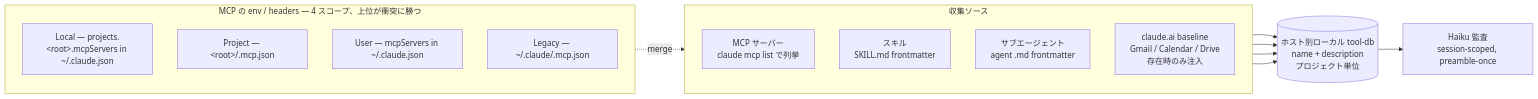
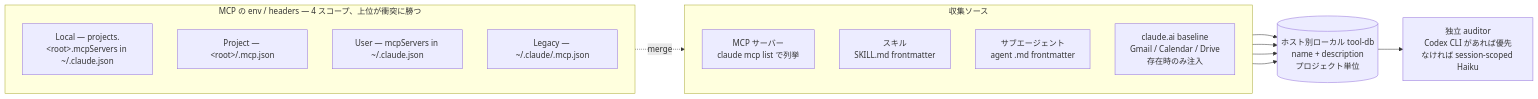
One commit to kitepon-rgb/Spotter changed the second of 2 diagrams in README.ja.md. Above: the diagram before and after it, drawn with Mermaid. The commit also changed other lines of this file and 14 other files, not shown here.

````diff
--- a/README.ja.md
+++ b/README.ja.md
@@ -108,23 +109,23 @@
 ```mermaid
 flowchart LR
     subgraph SRC[収集ソース]
       direction TB
       MCP[MCP サーバー<br/>claude mcp list で列挙]
       SK[スキル<br/>SKILL.md frontmatter]
       AG[サブエージェント<br/>agent .md frontmatter]
       BL[claude.ai baseline<br/>Gmail / Calendar / Drive<br/>存在時のみ注入]
     end
     subgraph SCOPES["MCP の env / headers — 4 スコープ、上位が衝突に勝つ"]
       direction TB
       L["Local — projects.&lt;root&gt;.mcpServers in ~/.claude.json"]
       P["Project — &lt;root&gt;/.mcp.json"]
       US["User — mcpServers in ~/.claude.json"]
       LG["Legacy — ~/.claude/.mcp.json"]
     end
     SCOPES -. merge .-> MCP
     MCP --> DB[(ホスト別ローカル tool-db<br/>name + description<br/>プロジェクト単位)]
     SK --> DB
     AG --> DB
     BL --> DB
-    DB --> H[Haiku 監査<br/>session-scoped, preamble-once]
+    DB --> H[独立 auditor<br/>Codex CLI があれば優先<br/>なければ session-scoped Haiku]
 ```
````
